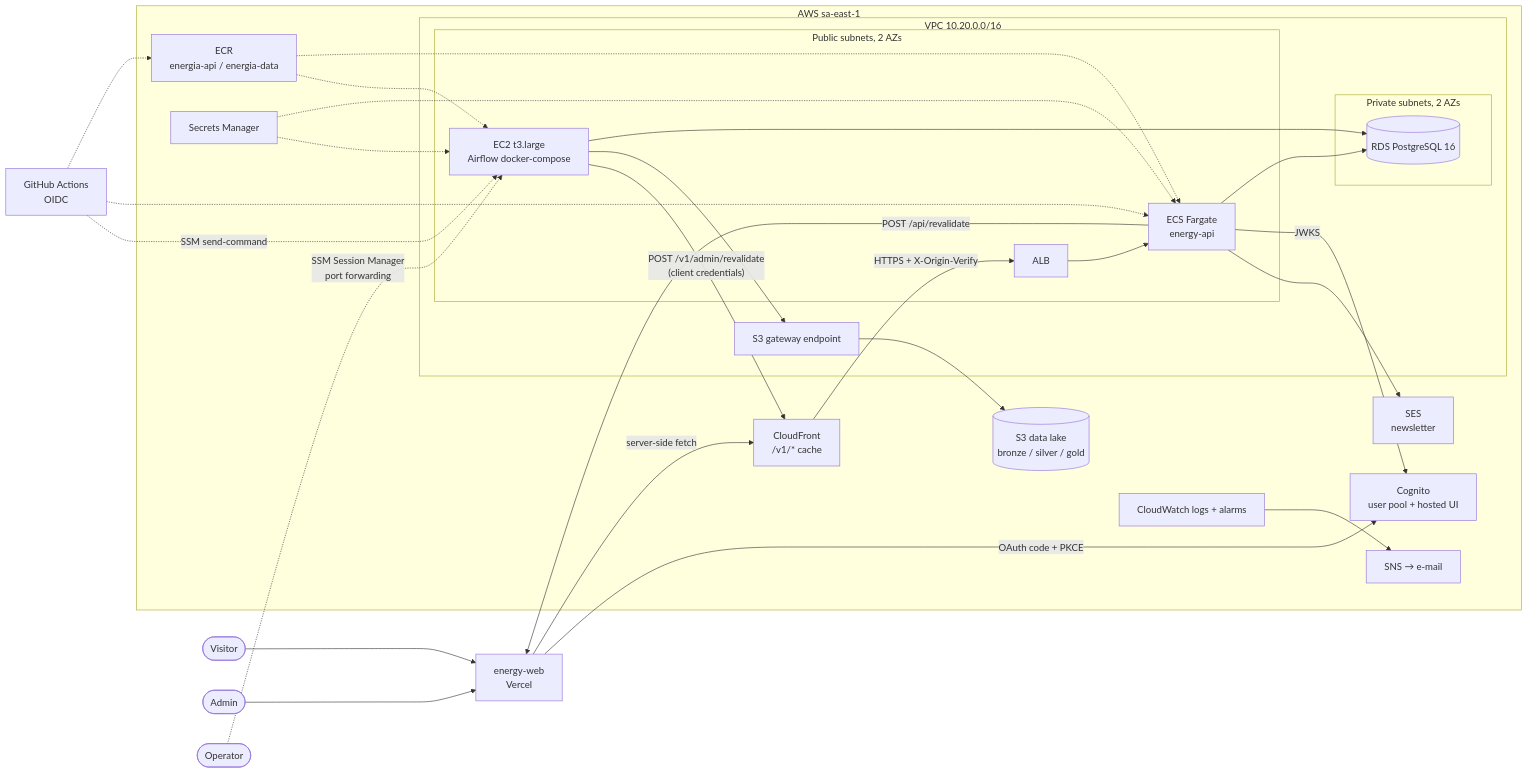
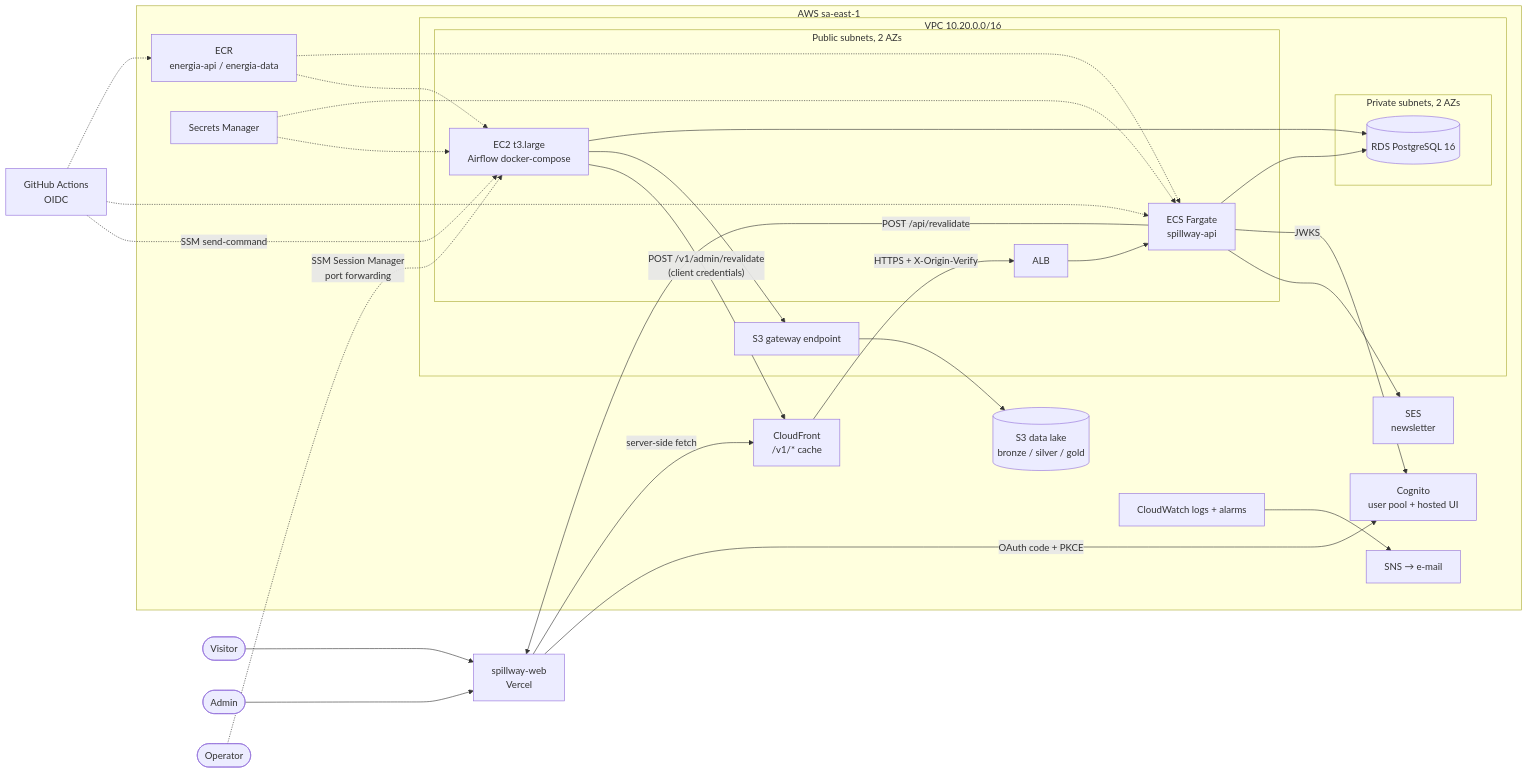
One commit to LeonardoMatos07/energia-infra changed the diagram in README.md. Above: the diagram before and after it, drawn with Mermaid. The commit also changed other lines of this file and 4 other files, not shown here.

````diff
--- a/README.md
+++ b/README.md
@@ -20,38 +20,38 @@
 ```mermaid
 flowchart LR
-  user([Visitor]) --> vercel[energy-web<br/>Vercel]
+  user([Visitor]) --> vercel[spillway-web<br/>Vercel]
   admin([Admin]) --> vercel
   vercel -- "server-side fetch" --> cf
   vercel -- "OAuth code + PKCE" --> cognito[Cognito<br/>user pool + hosted UI]
 
   subgraph aws [AWS sa-east-1]
     cf[CloudFront<br/>/v1/* cache] -- "HTTPS + X-Origin-Verify" --> alb[ALB]
     subgraph vpc [VPC 10.20.0.0/16]
       subgraph pub [Public subnets, 2 AZs]
-        alb --> ecs[ECS Fargate<br/>energy-api]
+        alb --> ecs[ECS Fargate<br/>spillway-api]
         ec2[EC2 t3.large<br/>Airflow docker-compose]
       end
       subgraph priv [Private subnets, 2 AZs]
         rds[(RDS PostgreSQL 16)]
       end
       s3gw[S3 gateway endpoint]
     end
     ecs --> rds
     ec2 --> rds
     ec2 --> s3gw --> lake[(S3 data lake<br/>bronze / silver / gold)]
     ec2 -- "POST /v1/admin/revalidate<br/>(client credentials)" --> cf
     ecs -- "JWKS" --> cognito
     ecs --> ses[SES<br/>newsletter]
     ecr[ECR<br/>energia-api / energia-data] -.-> ecs
     ecr -.-> ec2
     sm[Secrets Manager] -.-> ecs
     sm -.-> ec2
     cw[CloudWatch logs + alarms] --> sns[SNS → e-mail]
   end
 
   ecs -- "POST /api/revalidate" --> vercel
   gh[GitHub Actions<br/>OIDC] -.-> ecr
   gh -.-> ecs
   gh -. "SSM send-command" .-> ec2
   op([Operator]) -. "SSM Session Manager<br/>port forwarding" .-> ec2
 ```
````
